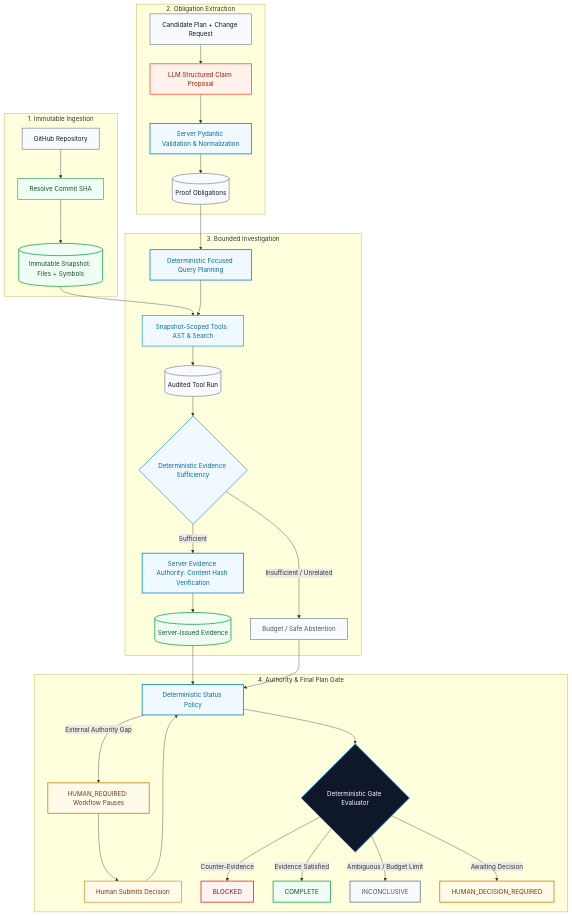
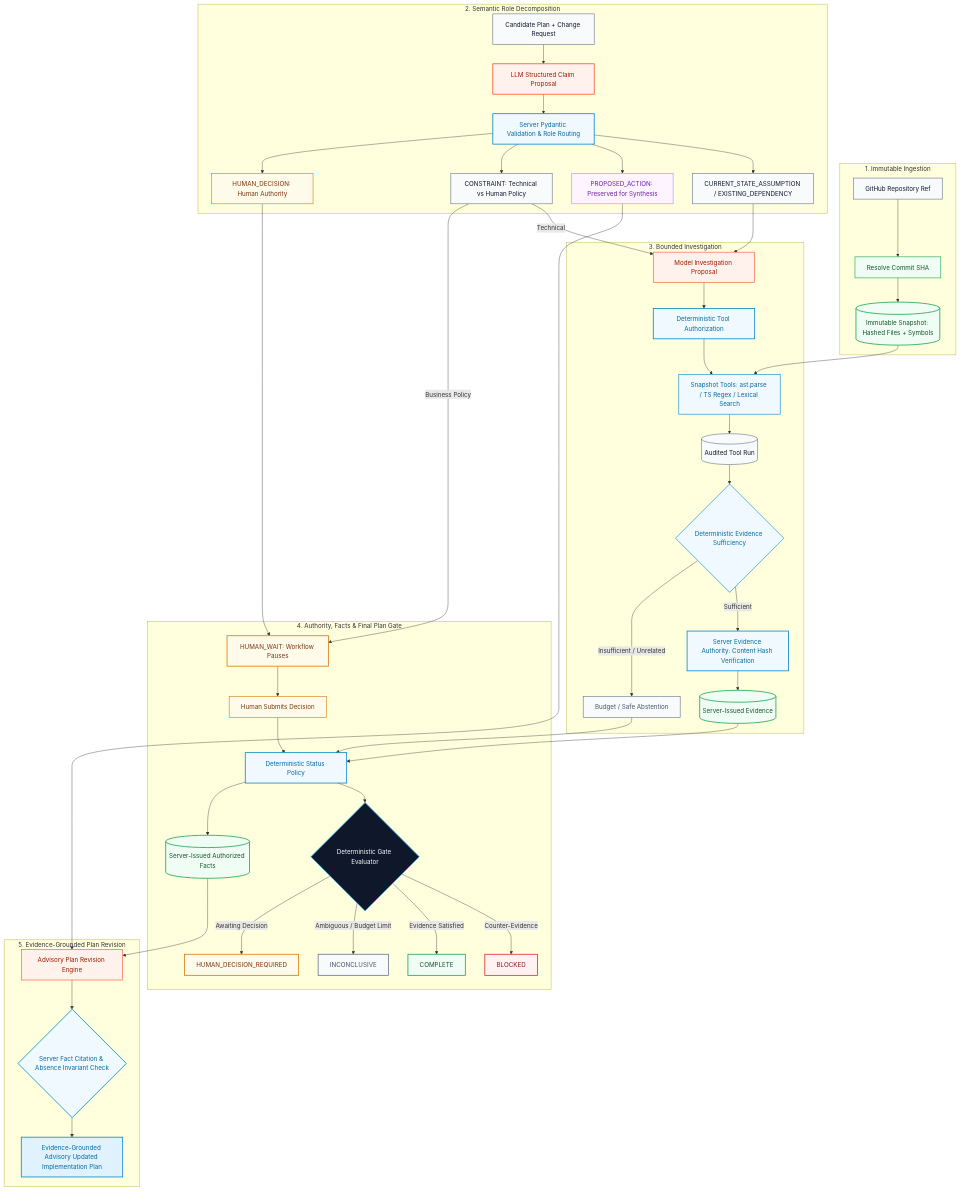
Before and after one commit to NikhilRaikwar/PlanProof: the first of 4 diagrams in README.md, drawn with Mermaid. The commit also changed other lines of this file and 1 other file, not shown here.

Commit message:
docs: align PlanProof with evidence-grounded planning workflow

````diff
--- a/README.md
+++ b/README.md
@@ -124,60 +133,82 @@
 ```mermaid
 flowchart TD
   subgraph Ingestion["1. Immutable Ingestion"]
-    Repo[GitHub Repository] --> SHA[Resolve Commit SHA]
-    SHA --> Snapshot[(Immutable Snapshot: Files + Symbols)]
+    Repo[GitHub Repository Ref] --> SHA[Resolve Commit SHA]
+    SHA --> Snapshot[(Immutable Snapshot: Hashed Files + Symbols)]
   end
 
-  subgraph Extraction["2. Obligation Extraction"]
+  subgraph Extraction["2. Semantic Role Decomposition"]
     Plan[Candidate Plan + Change Request] --> LLMExtract[LLM Structured Claim Proposal]
-    LLMExtract --> ValidateObligations[Server Pydantic Validation & Normalization]
-    ValidateObligations --> Obligations[(Proof Obligations)]
+    LLMExtract --> ValidateRoles[Server Pydantic Validation & Role Routing]
+    ValidateRoles --> RoleCurrent[CURRENT_STATE_ASSUMPTION / EXISTING_DEPENDENCY]
+    ValidateRoles --> RoleAction[PROPOSED_ACTION: Preserved for Synthesis]
+    ValidateRoles --> RoleConstraint[CONSTRAINT: Technical vs Human Policy]
+    ValidateRoles --> RoleHuman[HUMAN_DECISION: Human Authority]
   end
 
   subgraph Investigation["3. Bounded Investigation"]
-    Snapshot --> RepTools[Snapshot-Scoped Tools: AST & Search]
-    Obligations --> QueryPlanner[Deterministic Focused Query Planning]
-    QueryPlanner --> RepTools
+    RoleCurrent --> InvProp[Model Investigation Proposal]
+    RoleConstraint -->|Technical| InvProp
+    InvProp --> AuthTool[Deterministic Tool Authorization]
+    AuthTool --> RepTools[Snapshot Tools: ast.parse / TS Regex / Lexical Search]
+    Snapshot --> RepTools
     RepTools --> ToolRun[(Audited Tool Run)]
     ToolRun --> SufficiencyCheck{Deterministic Evidence Sufficiency}
     SufficiencyCheck -->|Sufficient| EvidenceIssuer[Server Evidence Authority: Content Hash Verification]
     SufficiencyCheck -->|Insufficient / Unrelated| InconclusiveCheck[Budget / Safe Abstention]
     EvidenceIssuer --> Evidence[(Server-Issued Evidence)]
   end
 
-  subgraph AuthorityGate["4. Authority & Final Plan Gate"]
+  subgraph AuthorityGate["4. Authority, Facts & Final Plan Gate"]
     Evidence --> PolicyCheck[Deterministic Status Policy]
     InconclusiveCheck --> PolicyCheck
-    PolicyCheck -->|External Authority Gap| HumanWait[HUMAN_REQUIRED: Workflow Pauses]
+    RoleHuman --> HumanWait[HUMAN_WAIT: Workflow Pauses]
+    RoleConstraint -->|Business Policy| HumanWait
     HumanWait --> HumanInput[Human Submits Decision]
     HumanInput --> PolicyCheck
     PolicyCheck --> FinalGate{Deterministic Gate Evaluator}
     FinalGate -->|Counter-Evidence| Blocked[BLOCKED]
     FinalGate -->|Evidence Satisfied| Complete[COMPLETE]
     FinalGate -->|Ambiguous / Budget Limit| Inconclusive[INCONCLUSIVE]
     FinalGate -->|Awaiting Decision| HumanGate[HUMAN_DECISION_REQUIRED]
+    PolicyCheck --> Facts[(Server-Issued Authorized Facts)]
+  end
+
+  subgraph Synthesis["5. Evidence-Grounded Plan Revision"]
+    Facts --> SynthEngine[Advisory Plan Revision Engine]
+    RoleAction --> SynthEngine
+    SynthEngine --> InvariantCheck{Server Fact Citation & Absence Invariant Check}
+    InvariantCheck --> AdvisoryPlan[Evidence-Grounded Advisory Updated Implementation Plan]
   end
 
   style Repo fill:#f8fafc,stroke:#64748b,stroke-width:1.5px,color:#0f172a
   style SHA fill:#f0fdf4,stroke:#16a34a,stroke-width:1.5px,color:#14532d
   style Snapshot fill:#f0fdf4,stroke:#16a34a,stroke-width:2px,color:#14532d
   style Plan fill:#f8fafc,stroke:#64748b,stroke-width:1.5px,color:#0f172a
   style LLMExtract fill:#fff1eb,stroke:#ff4d2e,stroke-width:2px,color:#9a1c00
-  style ValidateObligations fill:#f0f9ff,stroke:#0284c7,stroke-width:2px,color:#0369a1
-  style Obligations fill:#f8fafc,stroke:#64748b,stroke-width:1.5px,color:#0f172a
-  style QueryPlanner fill:#f0f9ff,stroke:#0284c7,stroke-width:2px,color:#0369a1
+  style ValidateRoles fill:#f0f9ff,stroke:#0284c7,stroke-width:2px,color:#0369a1
+  style RoleCurrent fill:#f8fafc,stroke:#64748b,stroke-width:1.5px,color:#0f172a
+  style RoleAction fill:#fdf4ff,stroke:#c084fc,stroke-width:1.5px,color:#6b21a8
+  style RoleConstraint fill:#f8fafc,stroke:#64748b,stroke-width:1.5px,color:#0f172a
+  style RoleHuman fill:#fffbeb,stroke:#d97706,stroke-width:1.5px,color:#78350f
+  style InvProp fill:#fff1eb,stroke:#ff4d2e,stroke-width:1.5px,color:#9a1c00
+  style AuthTool fill:#f0f9ff,stroke:#0284c7,stroke-width:2px,color:#0369a1
   style RepTools fill:#f0f9ff,stroke:#0284c7,stroke-width:1.5px,color:#0369a1
   style ToolRun fill:#f8fafc,stroke:#64748b,stroke-width:1.5px,color:#0f172a
   style SufficiencyCheck fill:#f0f9ff,stroke:#0284c7,stroke-width:1.5px,color:#0369a1
   style EvidenceIssuer fill:#f0f9ff,stroke:#0284c7,stroke-width:2px,color:#0369a1
   style Evidence fill:#f0fdf4,stroke:#16a34a,stroke-width:2px,color:#14532d
   style InconclusiveCheck fill:#f8fafc,stroke:#64748b,stroke-width:1.5px,color:#475569
   style PolicyCheck fill:#f0f9ff,stroke:#0284c7,stroke-width:2px,color:#0369a1
   style FinalGate fill:#0f172a,stroke:#38bdf8,stroke-width:2px,color:#f8fafe
   style HumanWait fill:#fffbeb,stroke:#d97706,stroke-width:2px,color:#78350f
   style HumanInput fill:#fffbeb,stroke:#d97706,stroke-width:1.5px,color:#78350f
   style Blocked fill:#fef2f2,stroke:#dc2626,stroke-width:2px,color:#7f1d1d
   style Complete fill:#f0fdf4,stroke:#16a34a,stroke-width:2px,color:#14532d
   style Inconclusive fill:#f8fafc,stroke:#64748b,stroke-width:2px,color:#475569
   style HumanGate fill:#fffbeb,stroke:#d97706,stroke-width:2px,color:#78350f
+  style Facts fill:#f0fdf4,stroke:#16a34a,stroke-width:2px,color:#14532d
+  style SynthEngine fill:#fff1eb,stroke:#ff4d2e,stroke-width:1.5px,color:#9a1c00
+  style InvariantCheck fill:#f0f9ff,stroke:#0284c7,stroke-width:2px,color:#0369a1
+  style AdvisoryPlan fill:#e0f2fe,stroke:#0284c7,stroke-width:2px,color:#0369a1
 ```
````
